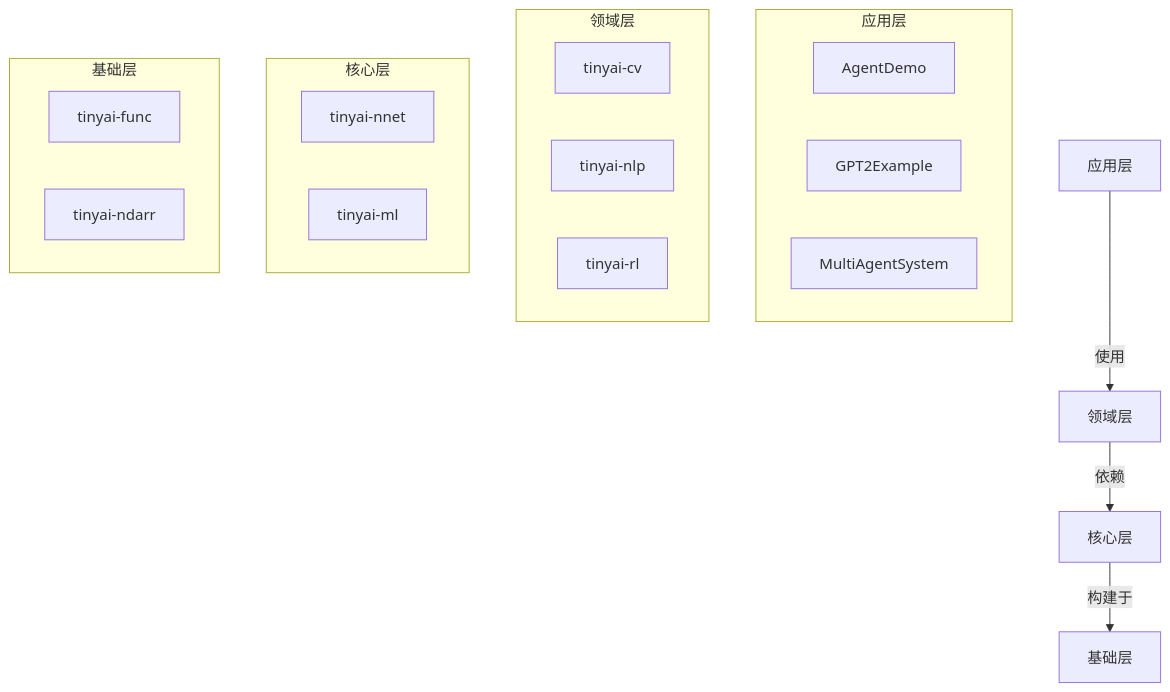
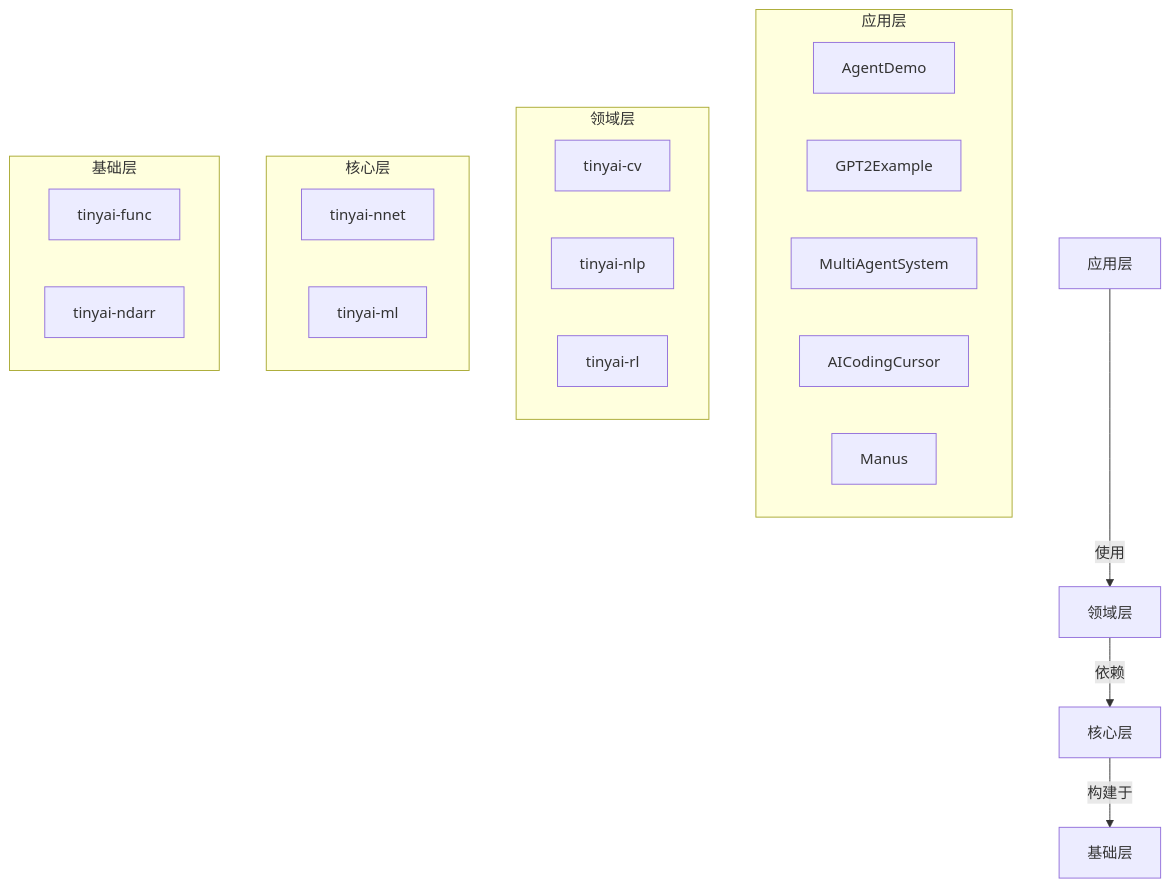
One commit to Leavesfly/TinyAI changed the second of 8 diagrams in .qoder/repowiki/zh/content/项目概述.md. Above: the diagram before and after it, drawn with Mermaid. The commit also changed other lines of this file and 40 other files, not shown here.

````diff
--- a/.qoder/repowiki/zh/content/项目概述.md
+++ b/.qoder/repowiki/zh/content/项目概述.md
@@ -92,24 +115,26 @@
 ```mermaid
 graph TD
 A[应用层] --> |使用| B[领域层]
 B --> |依赖| C[核心层]
 C --> |构建于| D[基础层]
 subgraph "应用层"
 A1[AgentDemo]
 A2[GPT2Example]
 A3[MultiAgentSystem]
+A4[AICodingCursor]
+A5[Manus]
 end
 subgraph "领域层"
 B1[tinyai-cv]
 B2[tinyai-nlp]
 B3[tinyai-rl]
 end
 subgraph "核心层"
 C1[tinyai-nnet]
 C2[tinyai-ml]
 end
 subgraph "基础层"
 D1[tinyai-func]
 D2[tinyai-ndarr]
 end
 ```
````
